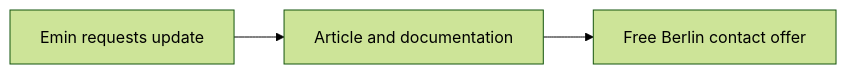
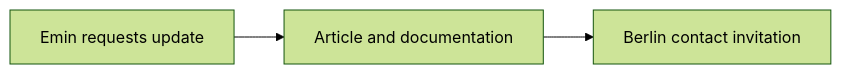
One commit to eminogrande/emin-de changed the second of 2 diagrams in PROMPTLOG.md. Above: the diagram before and after it, drawn with Mermaid (forest theme). The commit also changed other lines of this file and 12 other files, not shown here.

Commit message:
post: plain Berlin contact invitation, no free-help pitch

````diff
--- a/PROMPTLOG.md
+++ b/PROMPTLOG.md
@@ -9,5 +18,5 @@
 ```mermaid
 flowchart LR
     A[Emin requests update] --> B[Article and documentation]
-    B --> C[Free Berlin contact offer]
+    B --> C[Berlin contact invitation]
 ```
````
